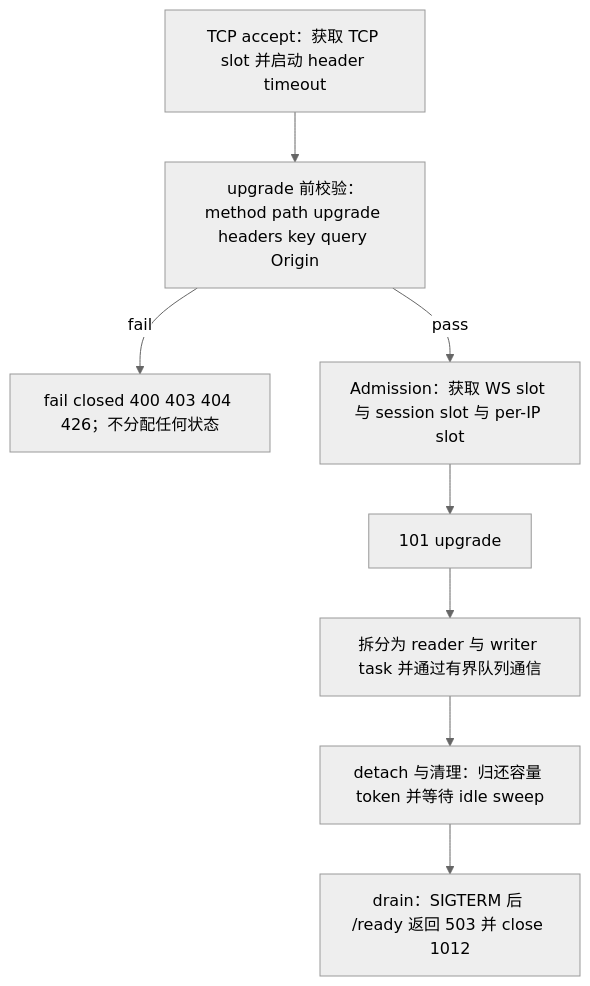
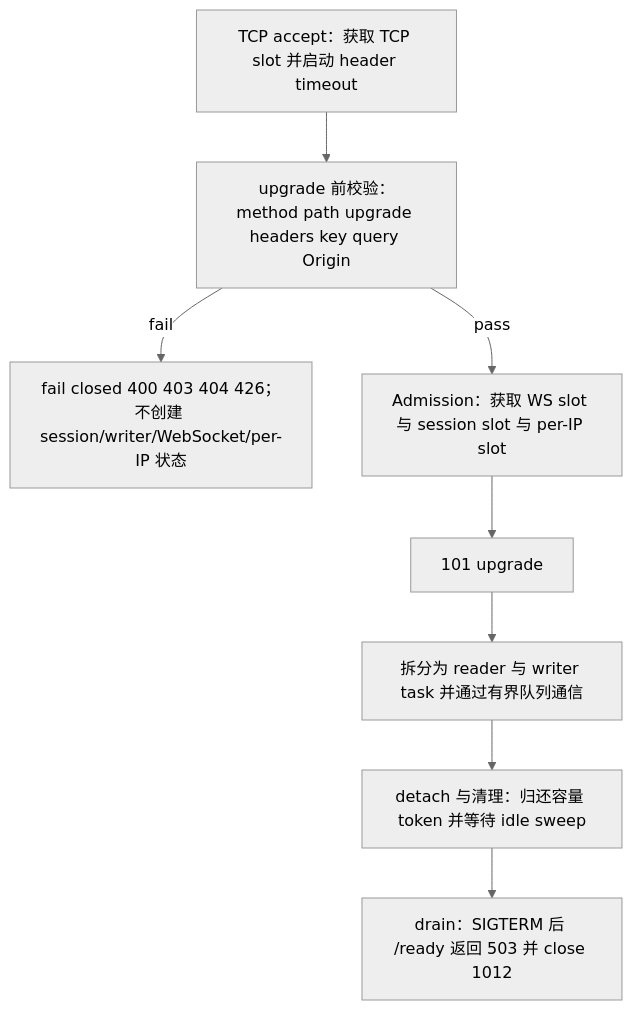
The diagram in DESIGN.zh-CN.md (kfxhjz/paseo-relay), drawn with Mermaid (neutral theme) before and after one commit. The commit also changed other lines of this file and 22 other files, not shown here.

````diff
--- a/DESIGN.zh-CN.md
+++ b/DESIGN.zh-CN.md
@@ -72,10 +72,10 @@
 ```mermaid
 flowchart TD
   A["TCP accept：获取 TCP slot 并启动 header timeout"] --> B["upgrade 前校验：method path upgrade headers key query Origin"]
-  B -->|fail| C["fail closed 400 403 404 426；不分配任何状态"]
+  B -->|fail| C["fail closed 400 403 404 426；不创建 session/writer/WebSocket/per-IP 状态"]
   B -->|pass| D["Admission：获取 WS slot 与 session slot 与 per-IP slot"]
   D --> E["101 upgrade"]
   E --> F["拆分为 reader 与 writer task 并通过有界队列通信"]
   F --> G["detach 与清理：归还容量 token 并等待 idle sweep"]
   G --> H["drain：SIGTERM 后 /ready 返回 503 并 close 1012"]
 ```
````
